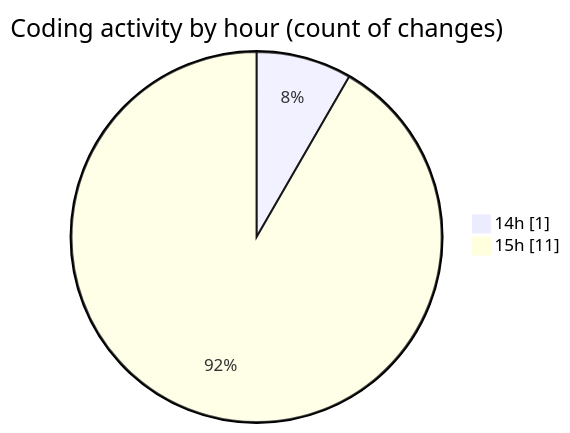
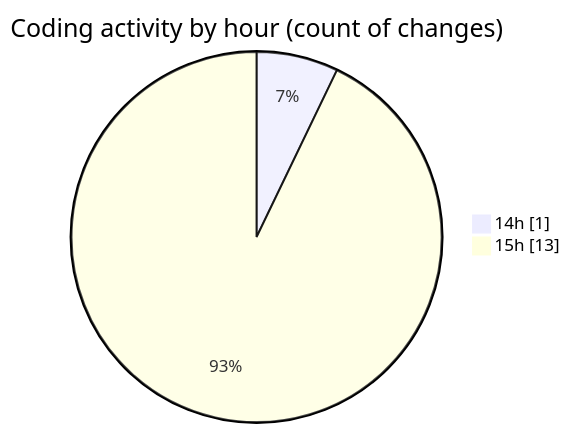
The second of 2 diagrams in 2026-07-01/wp-content/README.md (debugP/code-tracking), drawn with Mermaid before and after one commit. The commit also changed other lines of this file and 1 other file, not shown here.

````diff
--- a/2026-07-01/wp-content/README.md
+++ b/2026-07-01/wp-content/README.md
@@ -35,6 +36,6 @@
 ```mermaid
 pie showData
 title Coding activity by hour (count of changes)
 "14h" : 1
-"15h" : 11
+"15h" : 13
 ```
````
